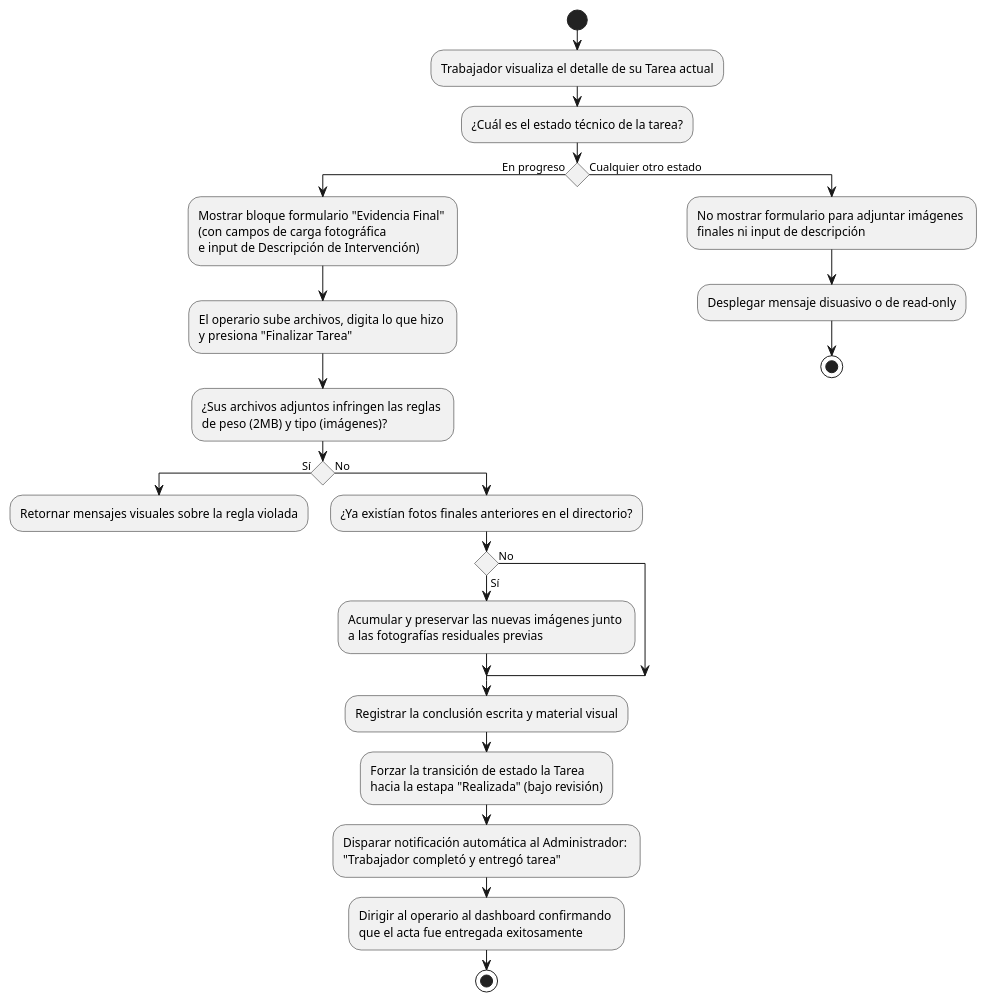
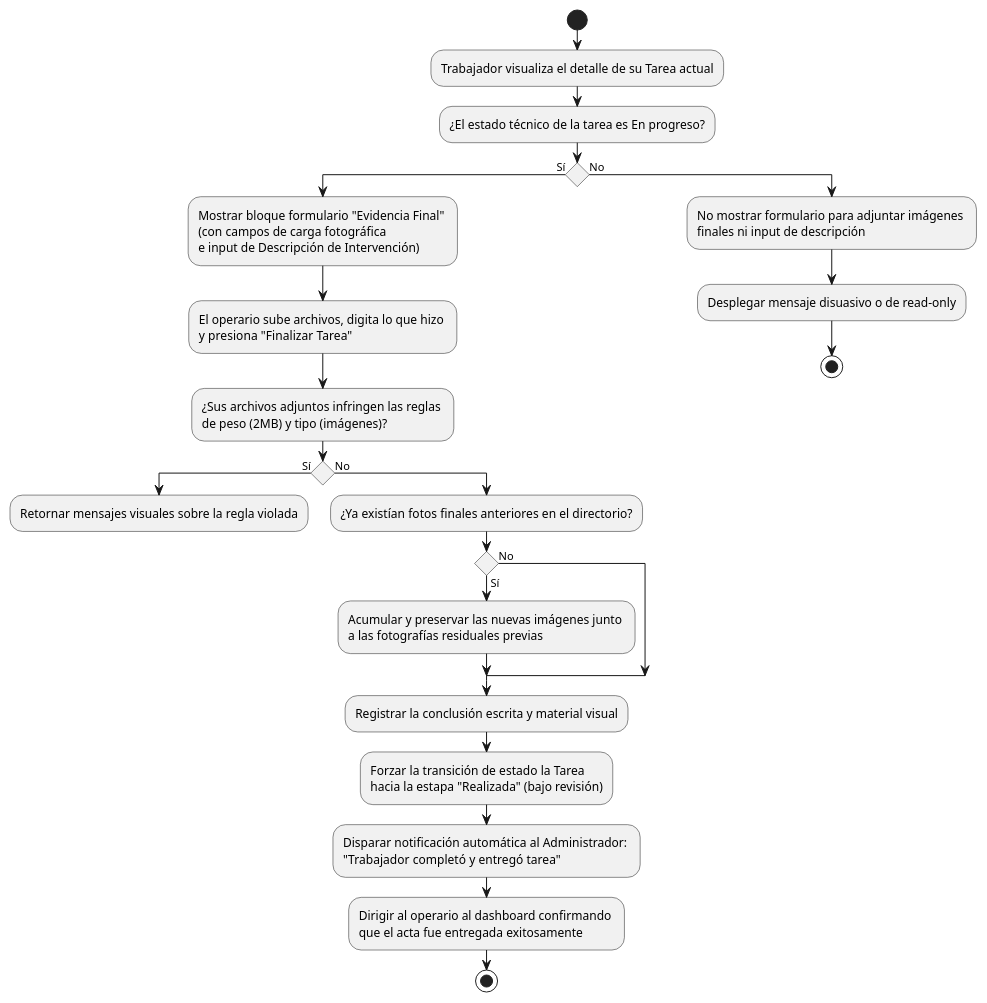
One commit to MasterErrorCLONE04/SIGERD.1.0 changed the diagram in document/diagrama_actividades/TRB/TRB-9.md. Above: the diagram before and after it, drawn with PlantUML. The commit also changed 18 other files, not shown here.

````diff
--- a/document/diagrama_actividades/TRB/TRB-9.md
+++ b/document/diagrama_actividades/TRB/TRB-9.md
@@ -20,39 +20,39 @@
 ```plantuml
 @startuml
 skinparam ConditionEndStyle hline
 
 start
 
 :Trabajador visualiza el detalle de su Tarea actual;
 
-:¿Cuál es el estado técnico de la tarea?;
-if () then (En progreso)
+:¿El estado técnico de la tarea es En progreso?;
+if () then (Sí)
   :Mostrar bloque formulario "Evidencia Final" \n(con campos de carga fotográfica \ne input de Descripción de Intervención);
   :El operario sube archivos, digita lo que hizo \ny presiona "Finalizar Tarea";
   
   :¿Sus archivos adjuntos infringen las reglas \nde peso (2MB) y tipo (imágenes)?;
   if () then (Sí)
     :Retornar mensajes visuales sobre la regla violada;
     kill
   else (No)
     :¿Ya existían fotos finales anteriores en el directorio?;
     if () then (Sí)
       :Acumular y preservar las nuevas imágenes junto \na las fotografías residuales previas;
     else (No)
     endif
     
     :Registrar la conclusión escrita y material visual;
     :Forzar la transición de estado la Tarea \nhacia la estapa "Realizada" (bajo revisión);
     
     :Disparar notificación automática al Administrador: \n"Trabajador completó y entregó tarea";
     :Dirigir al operario al dashboard confirmando \nque el acta fue entregada exitosamente;
     stop
   endif
-else (Cualquier otro estado)
+else (No)
   :No mostrar formulario para adjuntar imágenes \nfinales ni input de descripción;
   :Desplegar mensaje disuasivo o de read-only;
   stop
 endif
 
 @enduml
 ```
````
